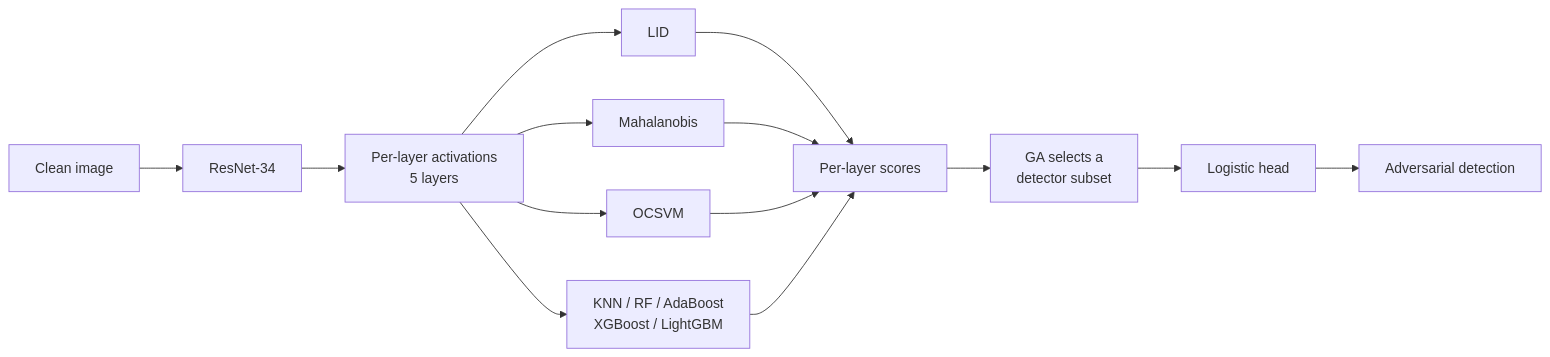
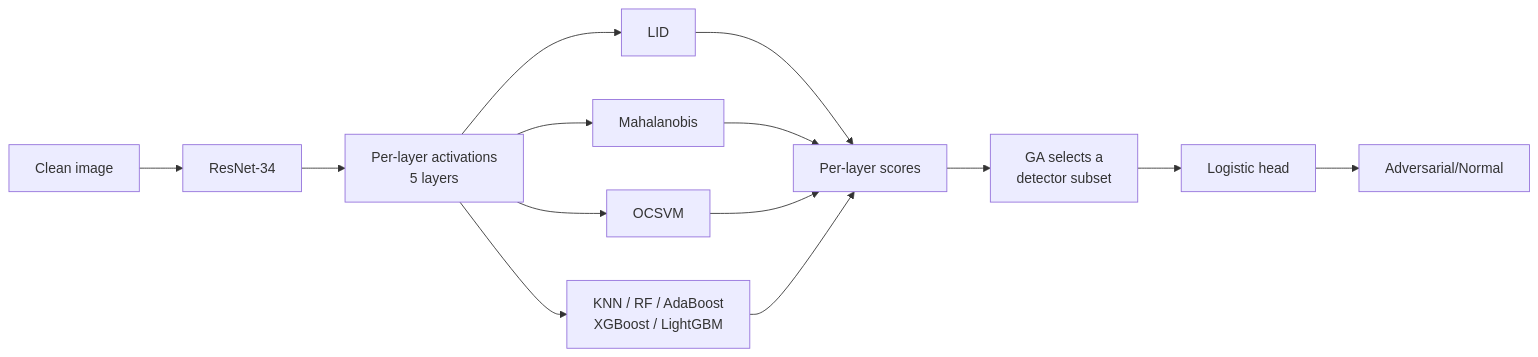
One commit to KanzNguyen/CS410-Adversarial-examples-detection-with-GA-ensemble changed the diagram in README.md. Above: the diagram before and after it, drawn with Mermaid.

````diff
--- a/README.md
+++ b/README.md
@@ -21,13 +21,13 @@
 ```mermaid
 flowchart LR
     A[Clean image] --> B[ResNet-34]
     B --> C[Per-layer activations<br/>5 layers]
     C --> D1[LID]
     C --> D2[Mahalanobis]
     C --> D3[OCSVM]
     C --> D4[KNN / RF / AdaBoost<br/>XGBoost / LightGBM]
     D1 & D2 & D3 & D4 --> E[Per-layer scores]
     E --> F[GA selects a<br/>detector subset]
     F --> G[Logistic head]
-    G --> H[Adversarial detection]
+    G --> H[Adversarial/Normal]
 ```
````
